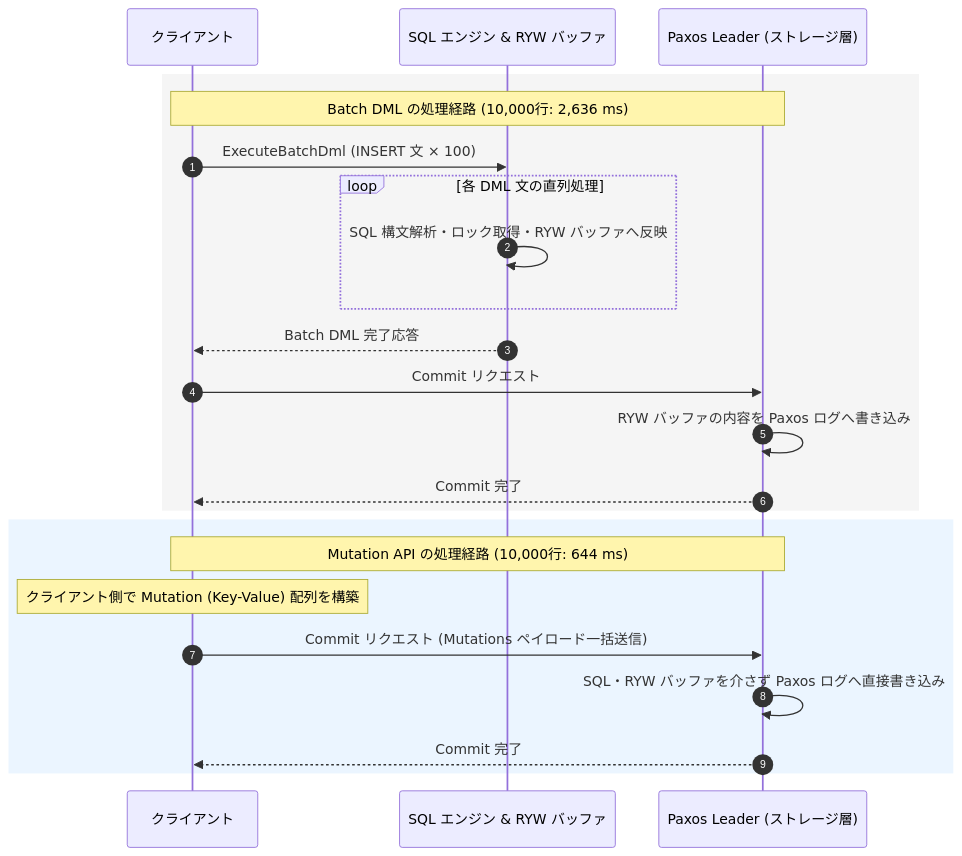
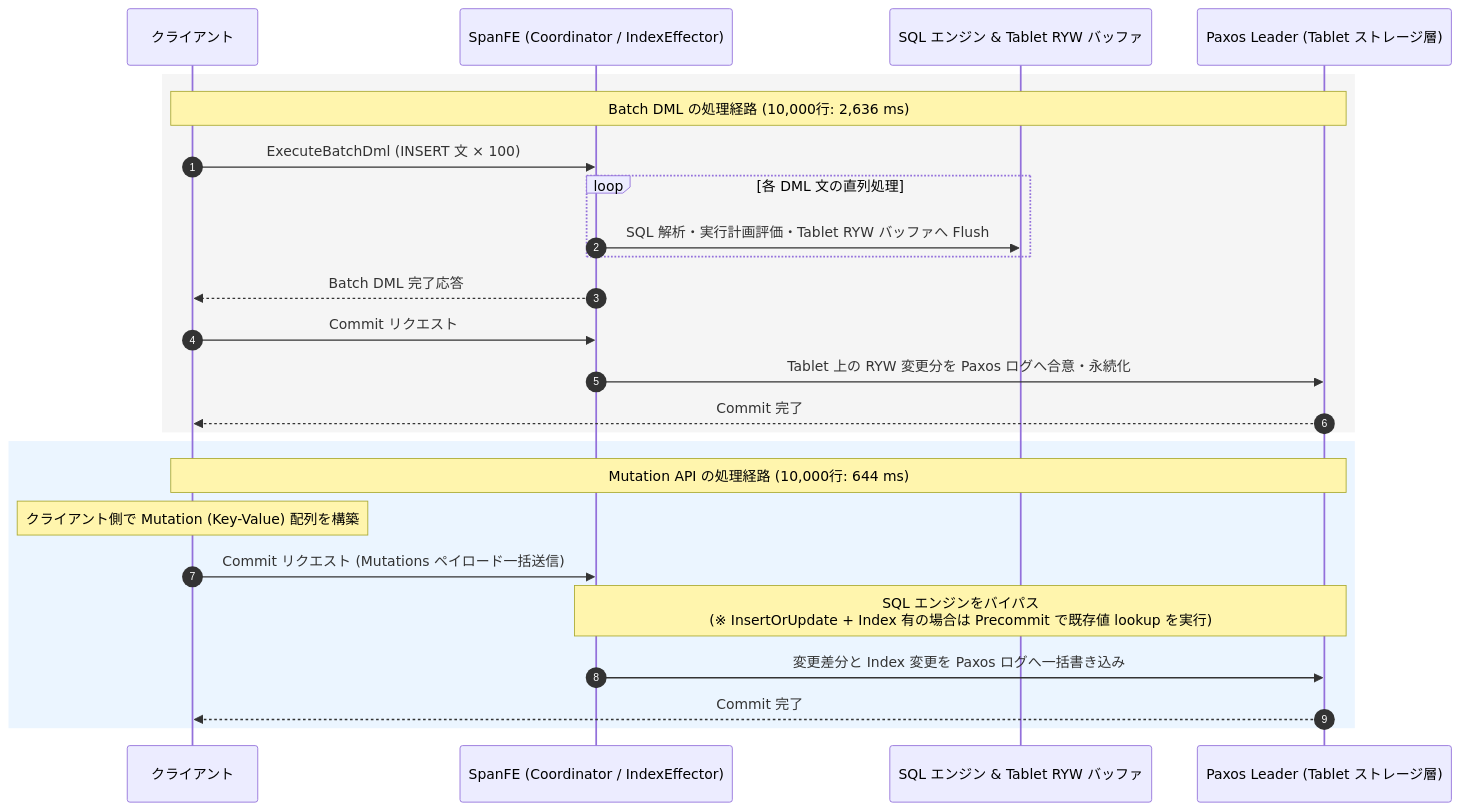
The third of 6 diagrams in articles/7aad16e9b5760d.md (michity15169/zenn-content), drawn with Mermaid before and after one commit. The commit also changed other lines of this file, not shown here.

Commit message:
fix: Spanner バルク書き込み記事の技術的正確性・アーキテクチャ図・サンプルコードの改修

````diff
--- a/articles/7aad16e9b5760d.md
+++ b/articles/7aad16e9b5760d.md
@@ -230,27 +252,29 @@
 ```mermaid
 sequenceDiagram
     autonumber
     participant C as クライアント
-    participant SQL as SQL エンジン & RYW バッファ
-    participant P as Paxos Leader (ストレージ層)
+    participant FE as SpanFE (Coordinator / IndexEffector)
+    participant SQL as SQL エンジン & Tablet RYW バッファ
+    participant P as Paxos Leader (Tablet ストレージ層)
 
     rect rgb(245, 245, 245)
     Note over C,P: Batch DML の処理経路 (10,000行: 2,636 ms)
-    C->>SQL: ExecuteBatchDml (INSERT 文 × 100)
+    C->>FE: ExecuteBatchDml (INSERT 文 × 100)
     loop 各 DML 文の直列処理
-        SQL->>SQL: SQL 構文解析・ロック取得・RYW バッファへ反映
+        FE->>SQL: SQL 解析・実行計画評価・Tablet RYW バッファへ Flush
     end
-    SQL-->>C: Batch DML 完了応答
-    C->>P: Commit リクエスト
-    P->>P: RYW バッファの内容を Paxos ログへ書き込み
+    FE-->>C: Batch DML 完了応答
+    C->>FE: Commit リクエスト
+    FE->>P: Tablet 上の RYW 変更分を Paxos ログへ合意・永続化
     P-->>C: Commit 完了
     end
 
     rect rgb(235, 245, 255)
     Note over C,P: Mutation API の処理経路 (10,000行: 644 ms)
     Note over C: クライアント側で Mutation (Key-Value) 配列を構築
-    C->>P: Commit リクエスト (Mutations ペイロード一括送信)
-    P->>P: SQL・RYW バッファを介さず Paxos ログへ直接書き込み
+    C->>FE: Commit リクエスト (Mutations ペイロード一括送信)
+    Note over FE,P: SQL エンジンをバイパス<br/>(※ InsertOrUpdate + Index 有の場合は Precommit で既存値 lookup を実行)
+    FE->>P: 変更差分と Index 変更を Paxos ログへ一括書き込み
     P-->>C: Commit 完了
     end
 ```
````
